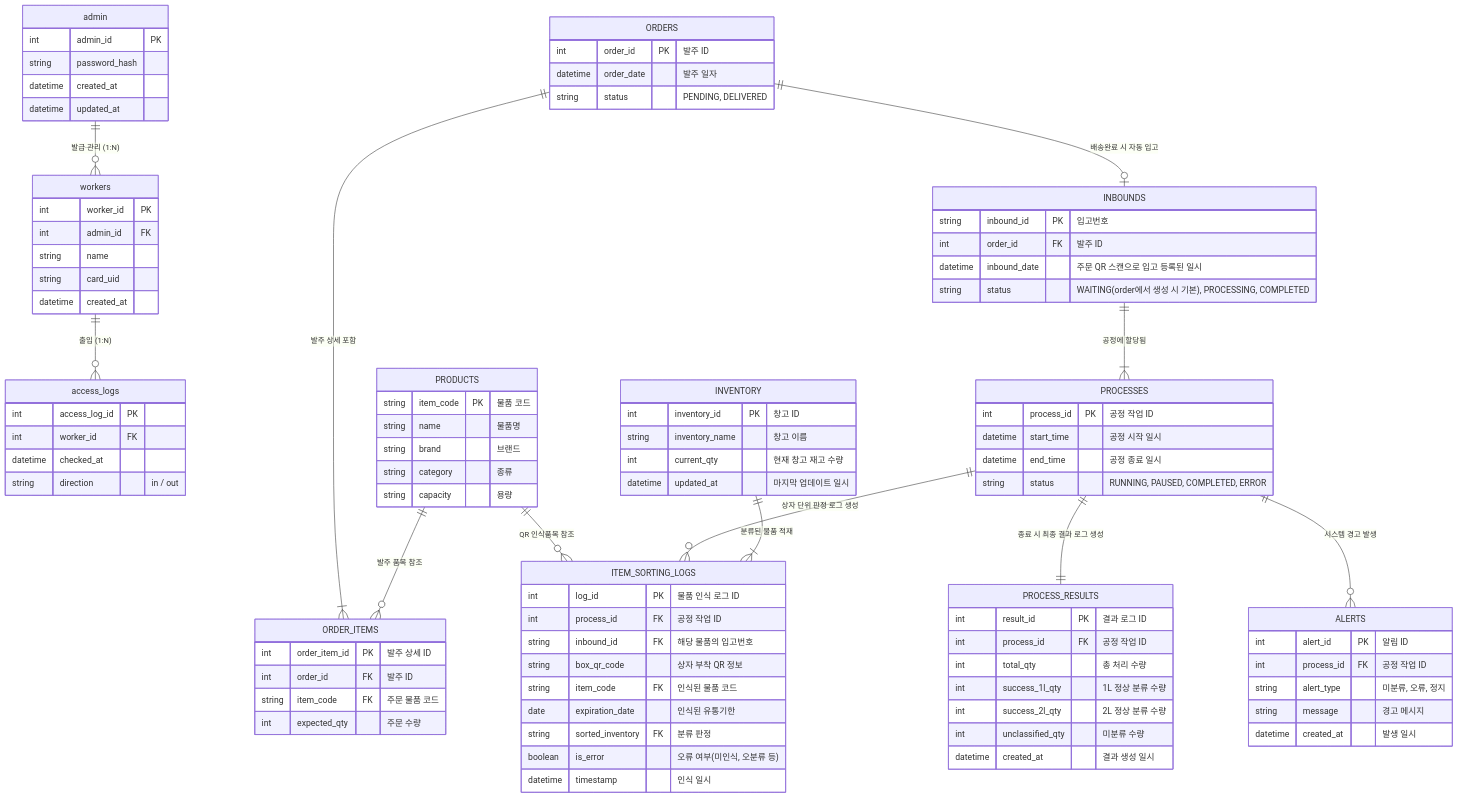
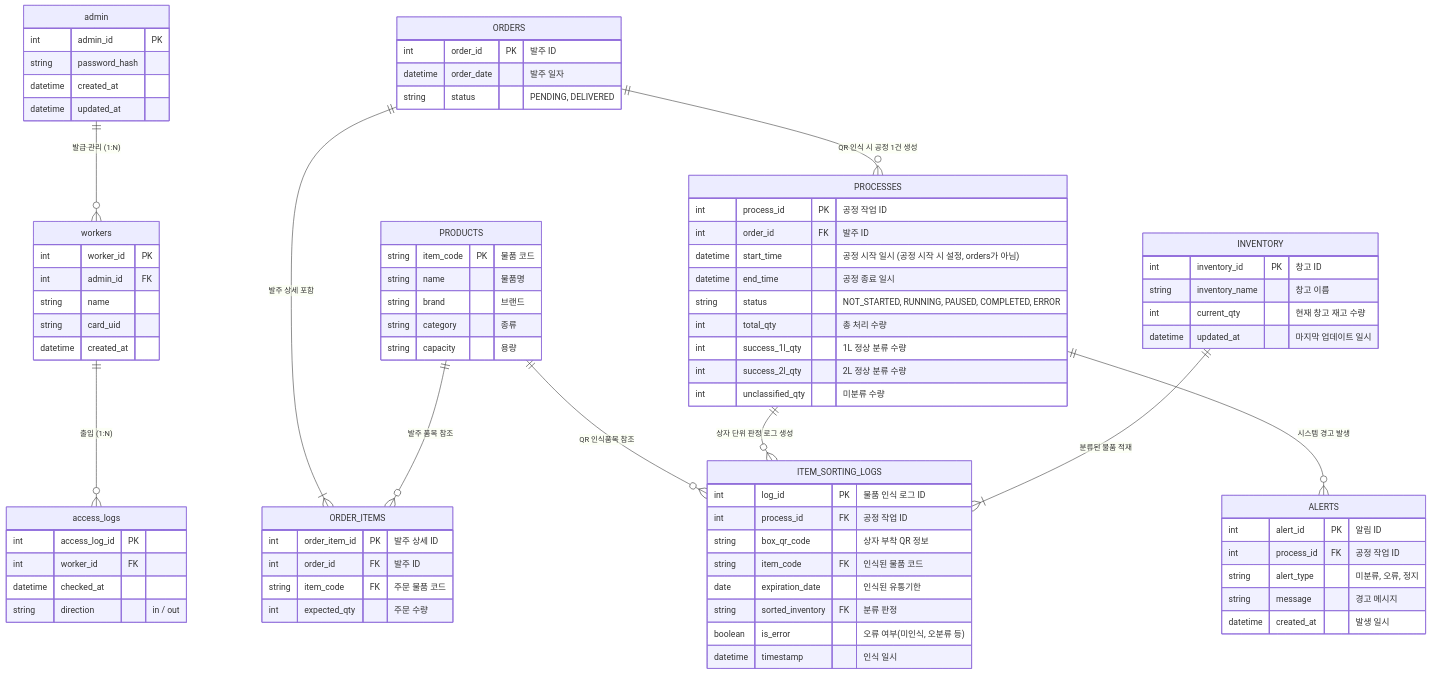
Before and after one commit to addinedu-physicalai-1st/iot-repo-3: the diagram in docs/er-diagram.md, drawn with Mermaid. The commit also changed other lines of this file and 8 other files, not shown here.

Commit message:
merge processes with process result table

```diff
--- a/docs/er-diagram.md
+++ b/docs/er-diagram.md
@@ -64,43 +64,29 @@
         int expected_qty "주문 수량"
     }
 
-    INBOUNDS {
-        string inbound_id PK "입고번호"
-        int order_id FK "발주 ID"
-        datetime inbound_date "주문 QR 스캔으로 입고 등록된 일시"
-        string status "WAITING(order에서 생성 시 기본), PROCESSING, COMPLETED"
-    }
-
-    %% 분류 공정 작업
+    %% 분류 공정 작업 (주문 QR 인식 시 1건 생성, 공정 실제 시작 시 start_time 설정)
     PROCESSES {
         int process_id PK "공정 작업 ID"
-        datetime start_time "공정 시작 일시"
+        int order_id FK "발주 ID"
+        datetime start_time "공정 시작 일시 (공정 시작 시 설정, orders가 아님)"
         datetime end_time "공정 종료 일시"
-        string status "RUNNING, PAUSED, COMPLETED, ERROR"
+        string status "NOT_STARTED, RUNNING, PAUSED, COMPLETED, ERROR"
+        int total_qty "총 처리 수량"
+        int success_1l_qty "1L 정상 분류 수량"
+        int success_2l_qty "2L 정상 분류 수량"
+        int unclassified_qty "미분류 수량"
     }
 
     %% 물품 인식 및 분류 판정 로그 (상자 단위)
     ITEM_SORTING_LOGS {
         int log_id PK "물품 인식 로그 ID"
         int process_id FK "공정 작업 ID"
-        string inbound_id FK "해당 물품의 입고번호"
         string box_qr_code "상자 부착 QR 정보"
         string item_code FK "인식된 물품 코드"
         date expiration_date "인식된 유통기한"
         string sorted_inventory FK "분류 판정"
         boolean is_error "오류 여부(미인식, 오분류 등)"
         datetime timestamp "인식 일시"
-    }
-
-    %% 공정 최종 결과 로그
-    PROCESS_RESULTS {
-        int result_id PK "결과 로그 ID"
-        int process_id FK "공정 작업 ID"
-        int total_qty "총 처리 수량"
-        int success_1l_qty "1L 정상 분류 수량"
-        int success_2l_qty "2L 정상 분류 수량"
-        int unclassified_qty "미분류 수량"
-        datetime created_at "결과 생성 일시"
     }
 
     %% 시스템 알림/경고 이력
@@ -125,15 +111,12 @@
     workers ||--o{ access_logs : "출입 (1:N)"
 
     ORDERS ||--|{ ORDER_ITEMS : "발주 상세 포함"
-    ORDERS ||--o| INBOUNDS : "배송완료 시 자동 입고"
+    ORDERS ||--o{ PROCESSES : "QR 인식 시 공정 1건 생성"
 
     PRODUCTS ||--o{ ORDER_ITEMS : "발주 품목 참조"
     PRODUCTS ||--o{ ITEM_SORTING_LOGS : "QR 인식품목 참조"
 
-    INBOUNDS ||--|{ PROCESSES : "공정에 할당됨"
-
     PROCESSES ||--o{ ITEM_SORTING_LOGS : "상자 단위 판정 로그 생성"
-    PROCESSES ||--|| PROCESS_RESULTS : "종료 시 최종 결과 로그 생성"
     PROCESSES ||--o{ ALERTS : "시스템 경고 발생"
 
     INVENTORY ||--|{ ITEM_SORTING_LOGS : "분류된 물품 적재"
```
